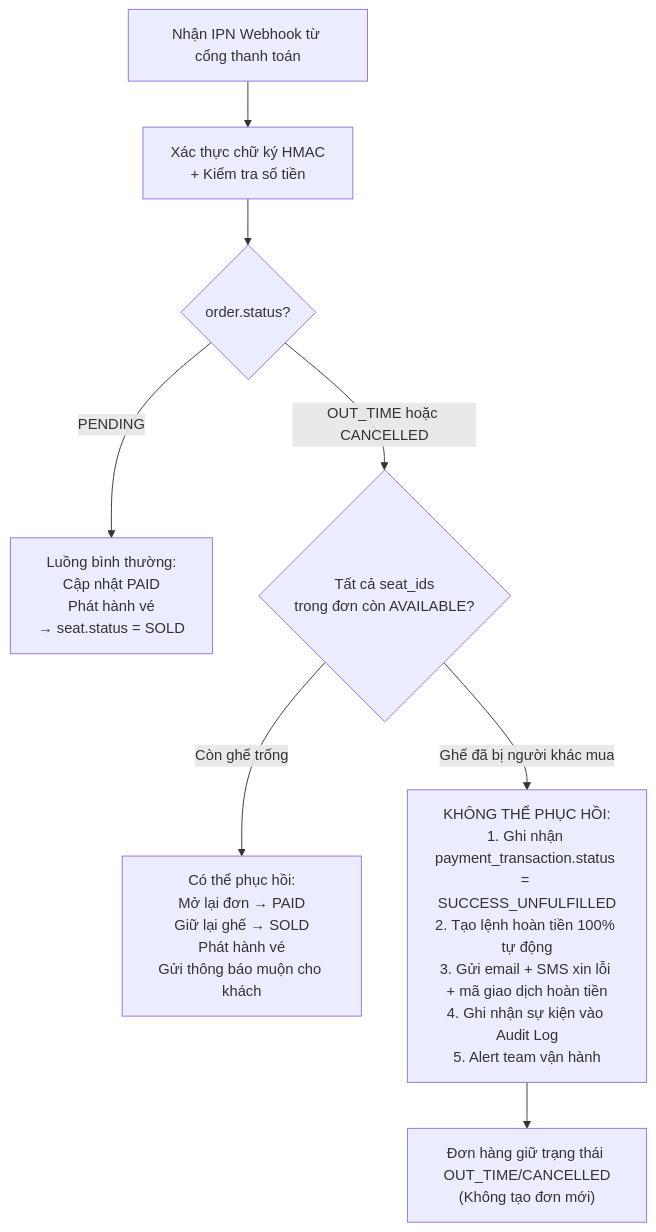
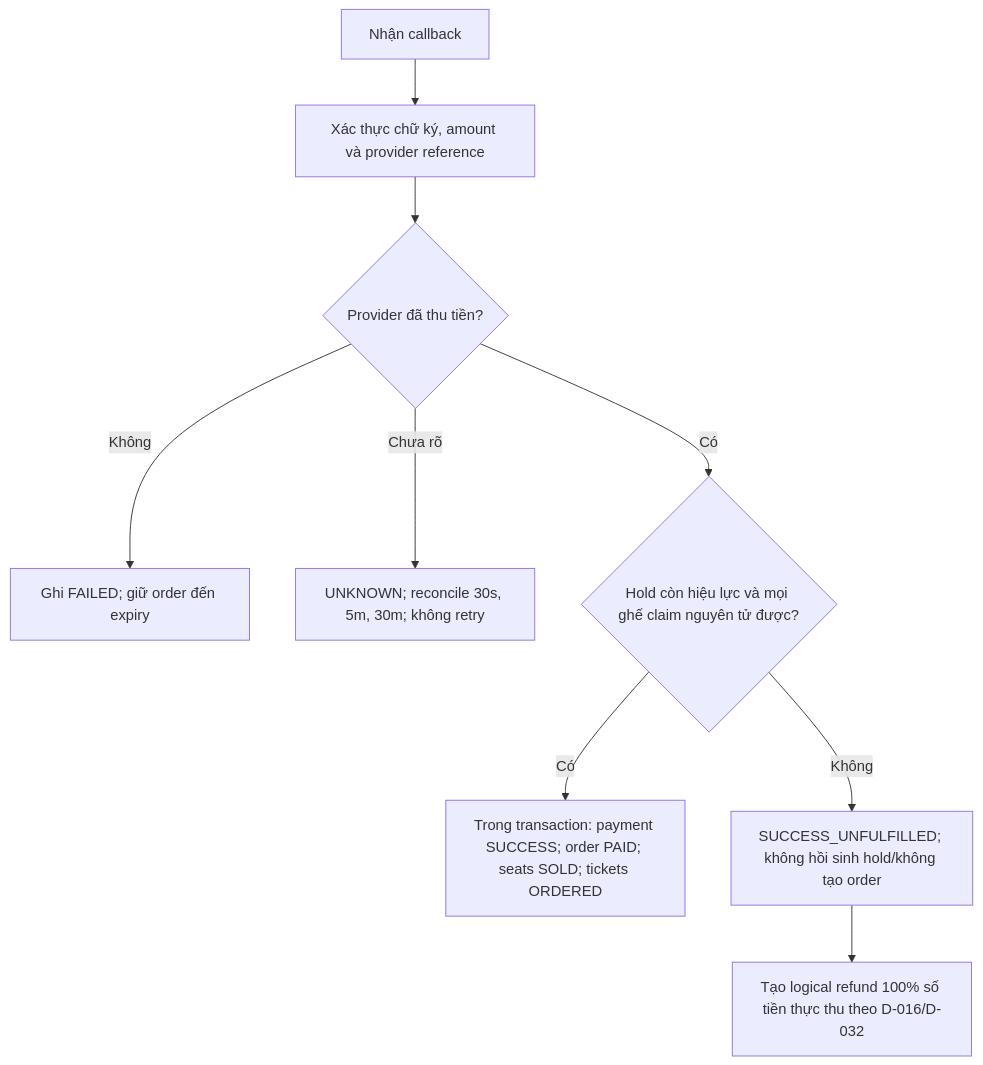
The second of 3 diagrams in business-analysis/02_State_Machines_And_Workflows/01_State_Machines/SM03_Order_State.md (toanteng11/concert-ticketing-docs), drawn with Mermaid before and after one commit. The commit also changed other lines of this file and 57 other files, not shown here.

````diff
--- a/business-analysis/02_State_Machines_And_Workflows/01_State_Machines/SM03_Order_State.md
+++ b/business-analysis/02_State_Machines_And_Workflows/01_State_Machines/SM03_Order_State.md
@@ -82,15 +75,11 @@
 ```mermaid
 flowchart TD
-    A["Nhận IPN Webhook từ cổng thanh toán"] --> B["Xác thực chữ ký HMAC\n+ Kiểm tra số tiền"]
-    B --> C{order.status?}
-
-    C -->|PENDING| D["Luồng bình thường:\nCập nhật PAID\nPhát hành vé\n→ seat.status = SOLD"]
-
-    C -->|OUT_TIME hoặc CANCELLED| E{"Tất cả seat_ids\ntrong đơn còn AVAILABLE?"}
-
-    E -->|Còn ghế trống| F["Có thể phục hồi:\nMở lại đơn → PAID\nGiữ lại ghế → SOLD\nPhát hành vé\nGửi thông báo muộn cho khách"]
-
-    E -->|Ghế đã bị người khác mua| G["KHÔNG THỂ PHỤC HỒI:\n1. Ghi nhận payment_transaction.status = SUCCESS_UNFULFILLED\n2. Tạo lệnh hoàn tiền 100% tự động\n3. Gửi email + SMS xin lỗi + mã giao dịch hoàn tiền\n4. Ghi nhận sự kiện vào Audit Log\n5. Alert team vận hành"]
-
-    G --> H["Đơn hàng giữ trạng thái OUT_TIME/CANCELLED\n(Không tạo đơn mới)"]
+    A["Nhận callback"] --> B["Xác thực chữ ký, amount và provider reference"]
+    B --> C{"Provider đã thu tiền?"}
+    C -->|Không| D["Ghi FAILED; giữ order đến expiry"]
+    C -->|Chưa rõ| E["UNKNOWN; reconcile 30s, 5m, 30m; không retry"]
+    C -->|Có| F{"Hold còn hiệu lực và mọi ghế claim nguyên tử được?"}
+    F -->|Có| G["Trong transaction: payment SUCCESS; order PAID; seats SOLD; tickets ORDERED"]
+    F -->|Không| H["SUCCESS_UNFULFILLED; không hồi sinh hold/không tạo order"]
+    H --> I["Tạo logical refund 100% số tiền thực thu theo D-016/D-032"]
 ```
````
